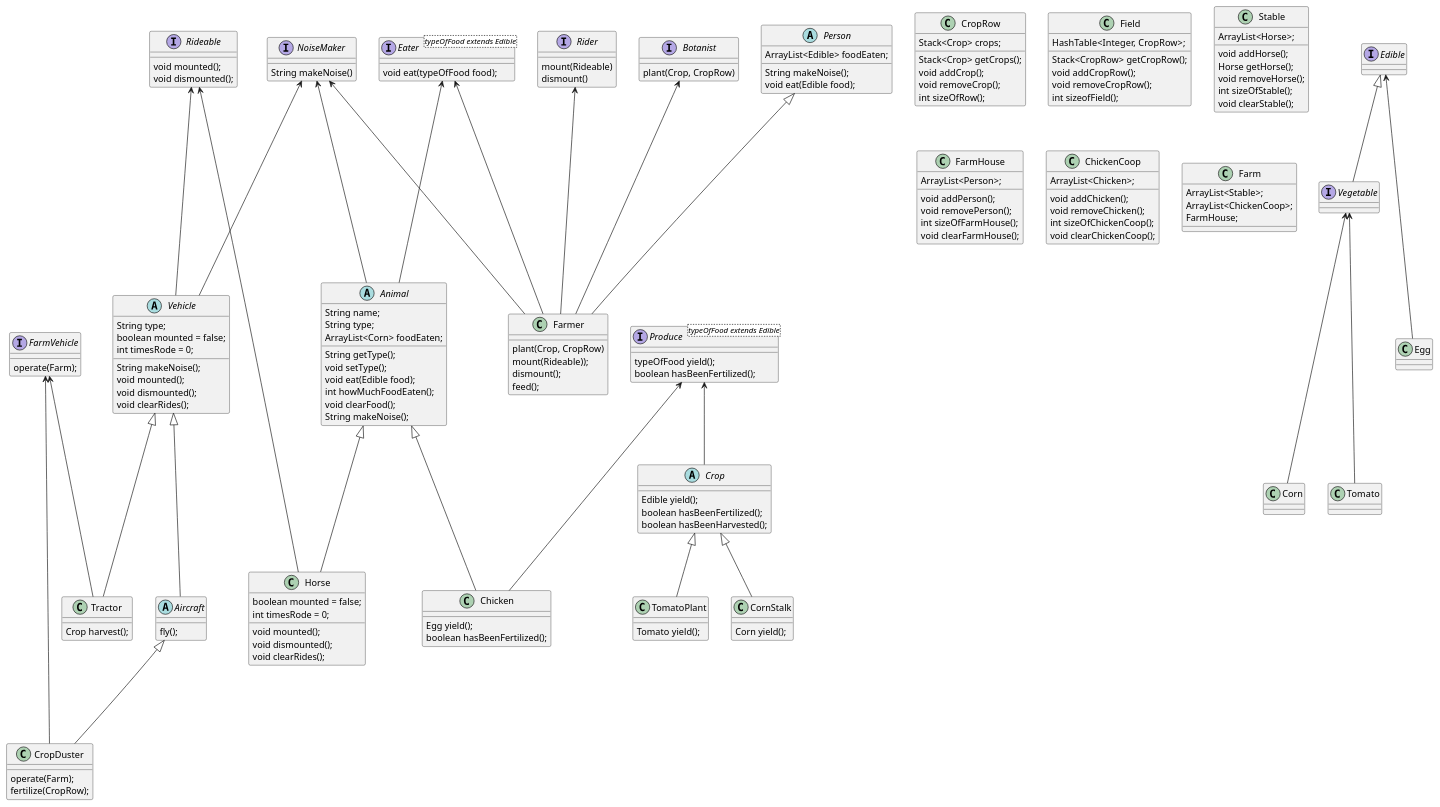
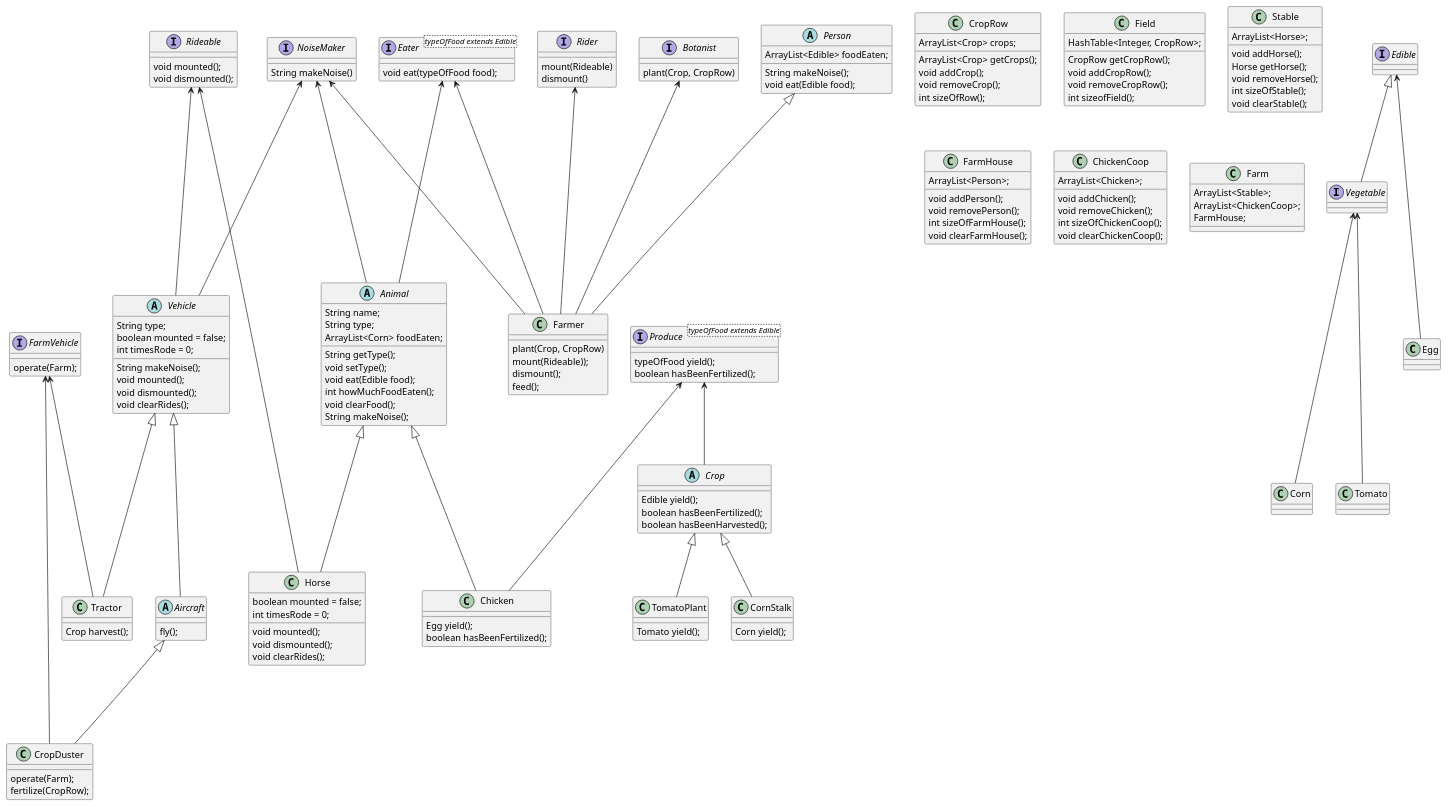
One commit to xyuan04/Maven.FarmerFroilan changed the diagram in FroliansFarmUML.puml. Above: the diagram before and after it, drawn with PlantUML. The commit also changed 41 other files, not shown here.

```diff
--- a/FroliansFarmUML.puml
+++ b/FroliansFarmUML.puml
@@ -78,9 +78,9 @@
 }
 
 class CropRow {
-Stack<Crop> crops;
+ArrayList<Crop> crops;
 
-Stack<Crop> getCrops();
+ArrayList<Crop> getCrops();
 void addCrop();
 void removeCrop();
 int sizeOfRow();
@@ -89,7 +89,7 @@
 class Field {
 HashTable<Integer, CropRow>;
 
-Stack<CropRow> getCropRow();
+CropRow getCropRow();
 void addCropRow();
 void removeCropRow();
 int sizeofField();
```
